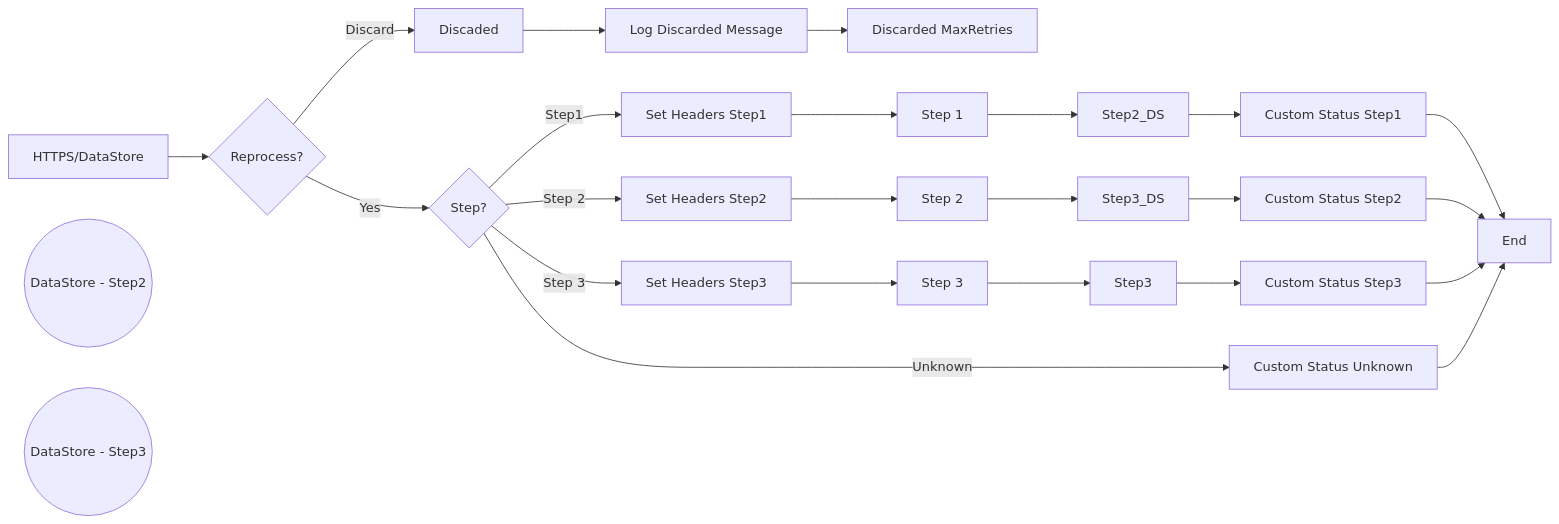
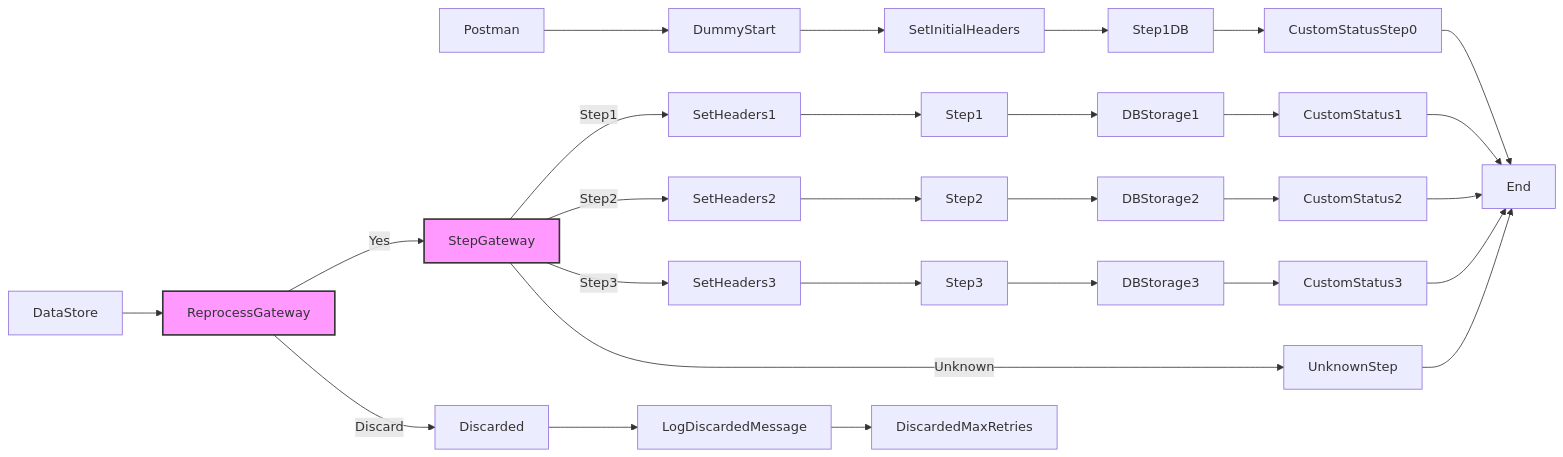
Before and after one commit to Avvale-IA-CICD/AvvaleCPI: the diagram in MMZ - Templates/SEDA_Model_-_Single_DS_-_Restart_and_Discard-1.0.0/readme.md, drawn with Mermaid. The commit also changed other lines of this file, not shown here.

Commit message:
Add/update documentation for SEDA_Model_-_Single_DS_-_Restart_and_Discard v1.0.0

````diff
--- a/MMZ - Templates/SEDA_Model_-_Single_DS_-_Restart_and_Discard-1.0.0/readme.md
+++ b/MMZ - Templates/SEDA_Model_-_Single_DS_-_Restart_and_Discard-1.0.0/readme.md
@@ -5,27 +4,32 @@
 ```mermaid
 graph LR
-    A[HTTPS/DataStore] --> B{Reprocess?};
-    B -- Yes --> C{Step?};
-    B -- Discard --> D[Discaded];
-    D --> E[Log Discarded Message];
-    E --> F[Discarded MaxRetries];
-    C -- Step1 --> G[Set Headers Step1];
-    C -- Step 2 --> H[Set Headers Step2];
-    C -- Step 3 --> I[Set Headers Step3];
-    C -- Unknown --> J[Custom Status Unknown];
-    G --> K[Step 1];
-    H --> L[Step 2];
-    I --> M[Step 3];
-    K --> N[Step2_DS];
-    L --> O[Step3_DS];
-    M --> P[Step3];
-    N --> Q[Custom Status Step1];
-    O --> R[Custom Status Step2];
-    P --> S[Custom Status Step3];
-    Q --> T[End];
-    R --> T;
-    S --> T;
-    J --> T;
-    Step2_DS((DataStore - Step2));
-    Step3_DS((DataStore - Step3));
+    Postman-->DummyStart
+    DataStore-->ReprocessGateway
+    ReprocessGateway--Yes-->StepGateway
+    ReprocessGateway--Discard-->Discarded
+    StepGateway--Step1-->SetHeaders1
+    StepGateway--Step2-->SetHeaders2
+    StepGateway--Step3-->SetHeaders3
+    StepGateway--Unknown-->UnknownStep
+    SetHeaders1-->Step1
+    SetHeaders2-->Step2
+    SetHeaders3-->Step3
+    Step1-->DBStorage1
+    Step2-->DBStorage2
+    Step3-->DBStorage3
+    DBStorage1-->CustomStatus1
+    DBStorage2-->CustomStatus2
+    DBStorage3-->CustomStatus3
+    CustomStatus1-->End
+    CustomStatus2-->End
+    CustomStatus3-->End
+    Discarded-->LogDiscardedMessage
+    LogDiscardedMessage-->DiscardedMaxRetries
+    UnknownStep-->End
+    DummyStart-->SetInitialHeaders
+    SetInitialHeaders-->Step1DB
+    Step1DB-->CustomStatusStep0
+    CustomStatusStep0-->End
+    style ReprocessGateway fill:#f9f,stroke:#333,stroke-width:2px
+    style StepGateway fill:#f9f,stroke:#333,stroke-width:2px
 ```
````
